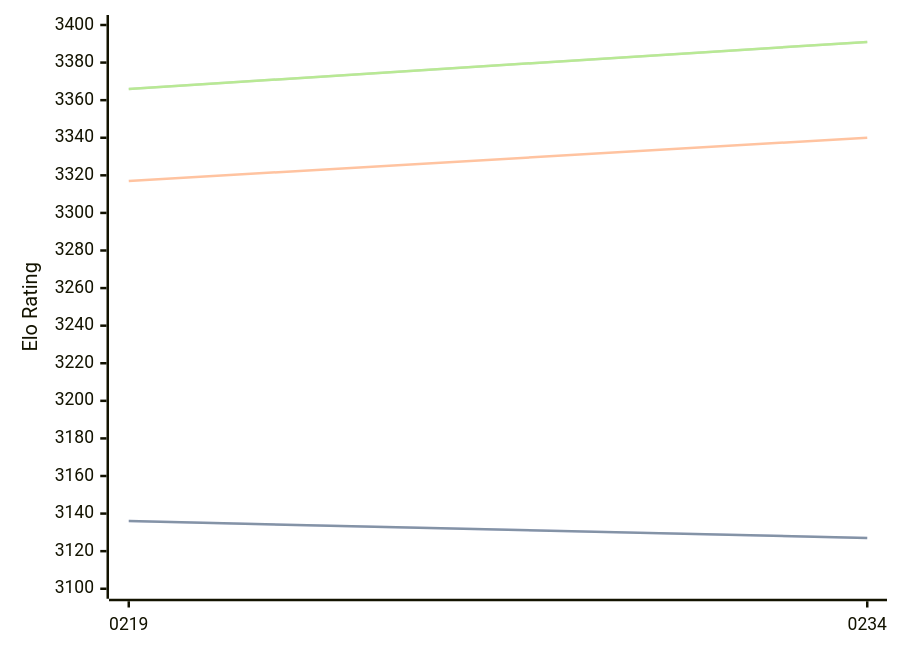
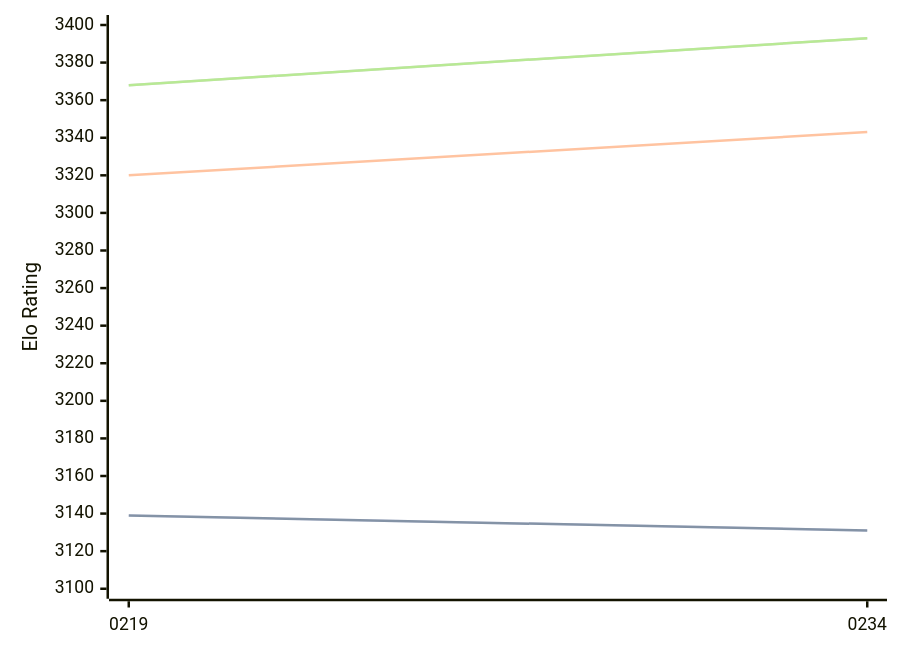
Before and after one commit to computer-chess-index/cci: the diagram in engines/Ynode.md, drawn with Mermaid. The commit also changed other lines of this file, not shown here.

Commit message:
Update CCI Ratings (ELO VLTC) - 2026-08-23

````diff
--- a/engines/Ynode.md
+++ b/engines/Ynode.md
@@ -32,11 +32,11 @@
 ```mermaid
 %%{init: {"theme":"base","themeVariables":{"seriesColors:['#a3a3a3','#222221','#faa371']}}}%%
 xychart-beta
   x-axis ["0219", "0234"]
   y-axis "Elo Rating" 3100 --> 3400
-  line "STC (8.0+0.08s)" [3136, 3127]
-  line "STC (8.0+0.08s)" [3136, 3127]
-  line "LTC (60.0+0.60s)" [3317, 3340]
-  line "VLTC (2m24s+1.12s)" [3366, 3391]
-  line "VLTC (2m24s+1.12s)" [3366, 3391]
+  line "STC (8.0+0.08s)" [3139, 3131]
+  line "STC (8.0+0.08s)" [3139, 3131]
+  line "LTC (60.0+0.60s)" [3320, 3343]
+  line "VLTC (2m24s+1.12s)" [3368, 3393]
+  line "VLTC (2m24s+1.12s)" [3368, 3393]
 ```
````
